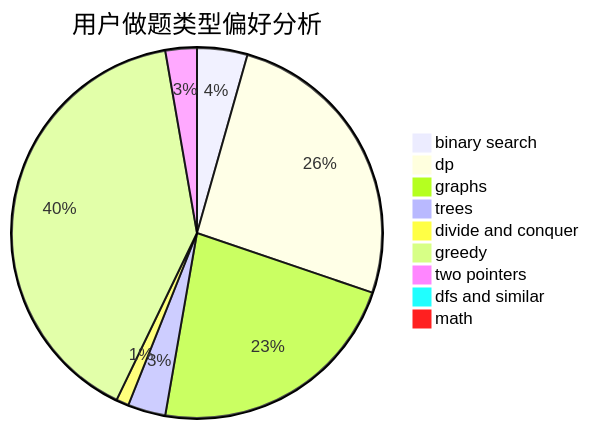
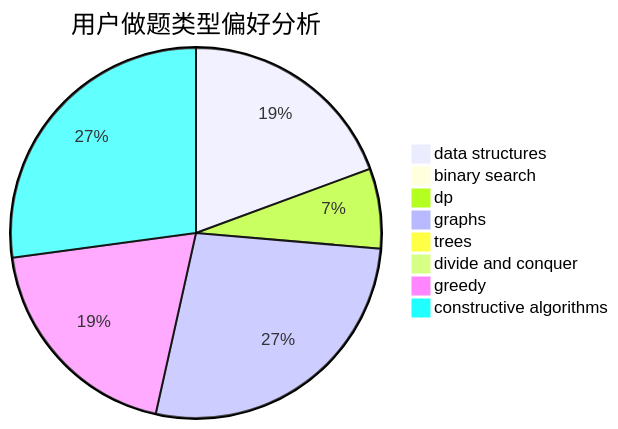
Before and after one commit to sherpahu/cfrs.github.io: the second of 3 diagrams in docs/user/u1805.md, drawn with Mermaid. The commit also changed other lines of this file and 2775 other files, not shown here.

````diff
--- a/docs/user/u1805.md
+++ b/docs/user/u1805.md
@@ -23,12 +23,11 @@
 ```mermaid
 pie title 用户做题类型偏好分析
-    "binary search" :  8
-    "dp" :  47
-    "graphs" :  41
-    "trees" :  6
-    "divide and conquer" :  2
-    "greedy" :  73
-    "two pointers" :  5
-    "dfs and similar" :  0
-    "math" :  0
+    "data structures" :  25
+    "binary search" :  1
+    "dp" :  9
+    "graphs" :  35
+    "trees" :  0
+    "divide and conquer" :  0
+    "greedy" :  25
+    "constructive algorithms" :  35
 ```
````
